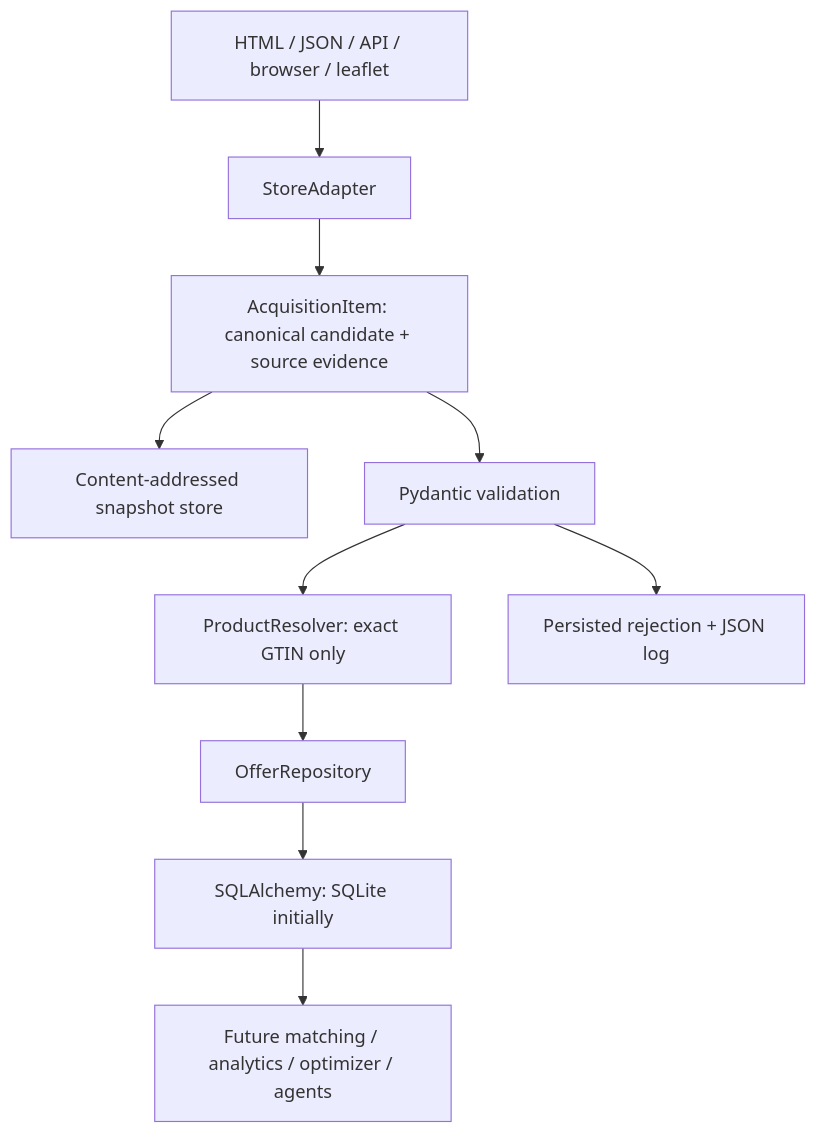
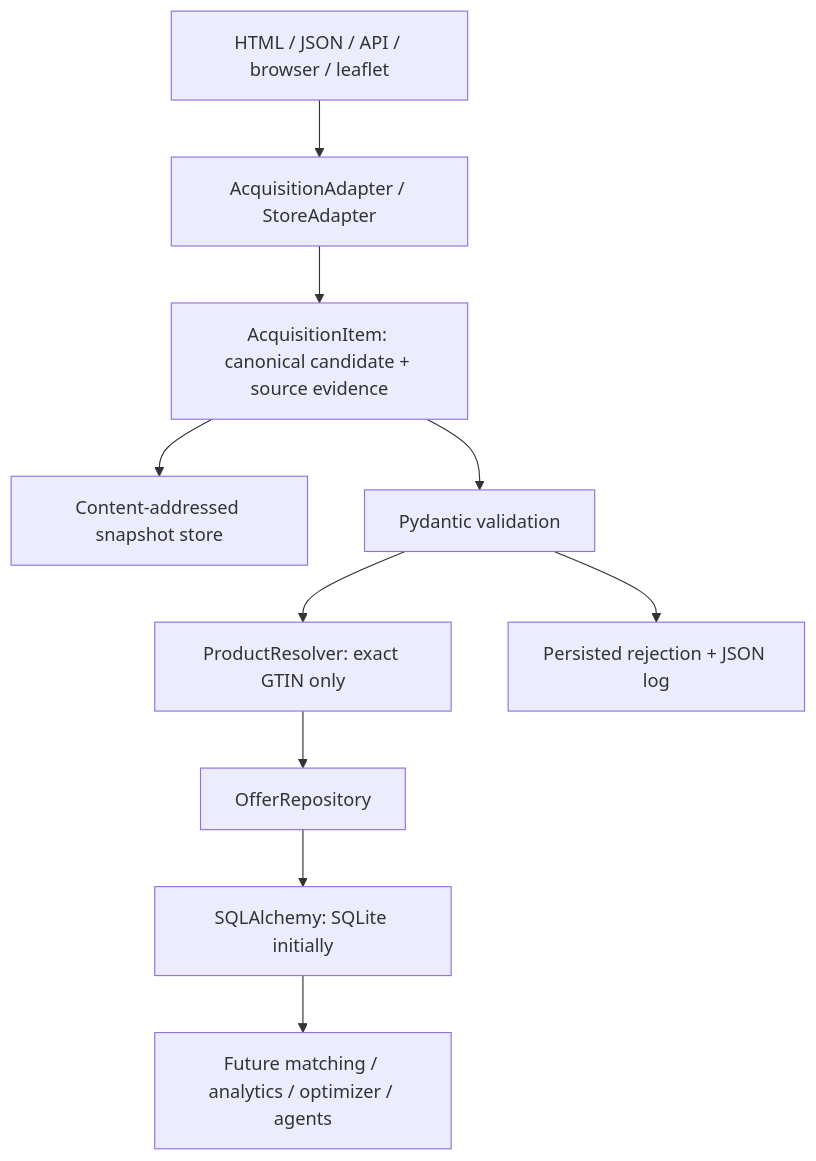
One commit to vaclavkouril/grocery-agent changed the diagram in docs/architecture.md. Above: the diagram before and after it, drawn with Mermaid. The commit also changed other lines of this file and 21 other files, not shown here.

````diff
--- a/docs/architecture.md
+++ b/docs/architecture.md
@@ -3,12 +3,12 @@
 ```mermaid
 flowchart TD
-    Source[HTML / JSON / API / browser / leaflet] --> Adapter[StoreAdapter]
+    Source[HTML / JSON / API / browser / leaflet] --> Adapter[AcquisitionAdapter / StoreAdapter]
     Adapter --> Item[AcquisitionItem: canonical candidate + source evidence]
     Item --> Snapshot[Content-addressed snapshot store]
     Item --> Validate[Pydantic validation]
     Validate --> Resolve[ProductResolver: exact GTIN only]
     Resolve --> Repo[OfferRepository]
     Repo --> SQL[SQLAlchemy: SQLite initially]
     SQL --> Future[Future matching / analytics / optimizer / agents]
     Validate --> Reject[Persisted rejection + JSON log]
 ```
````
